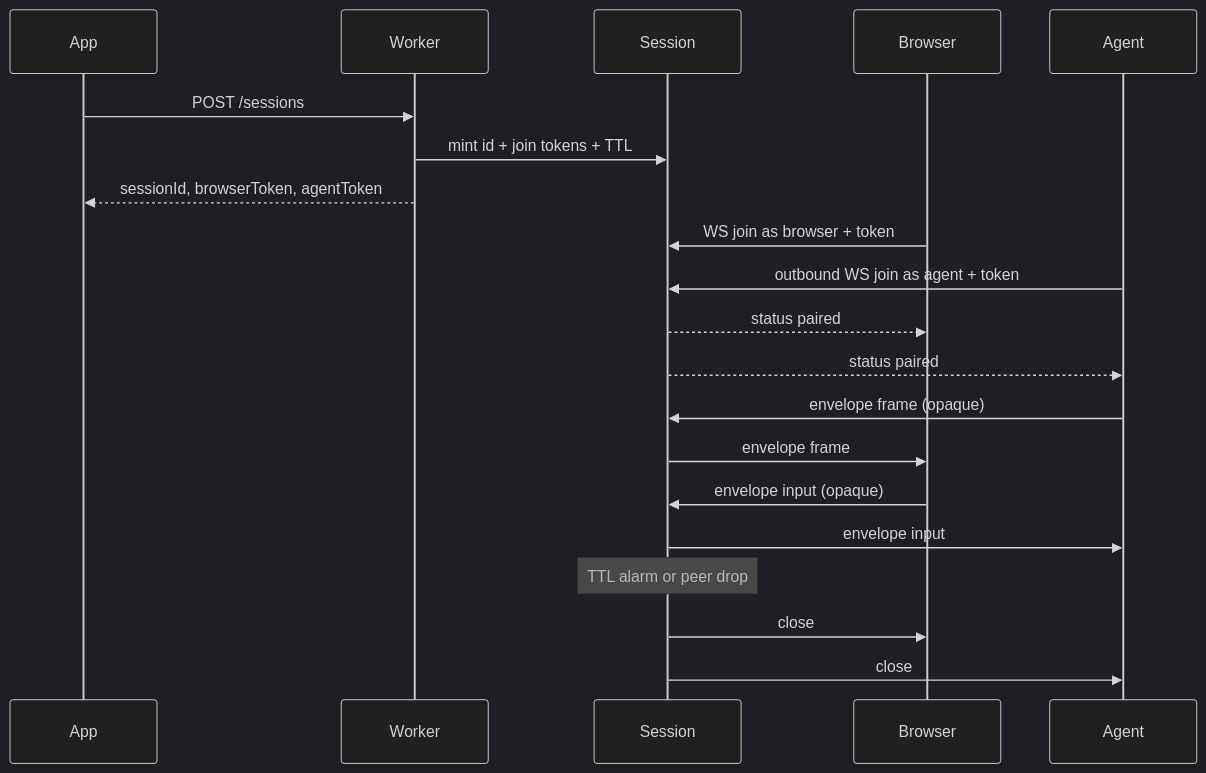
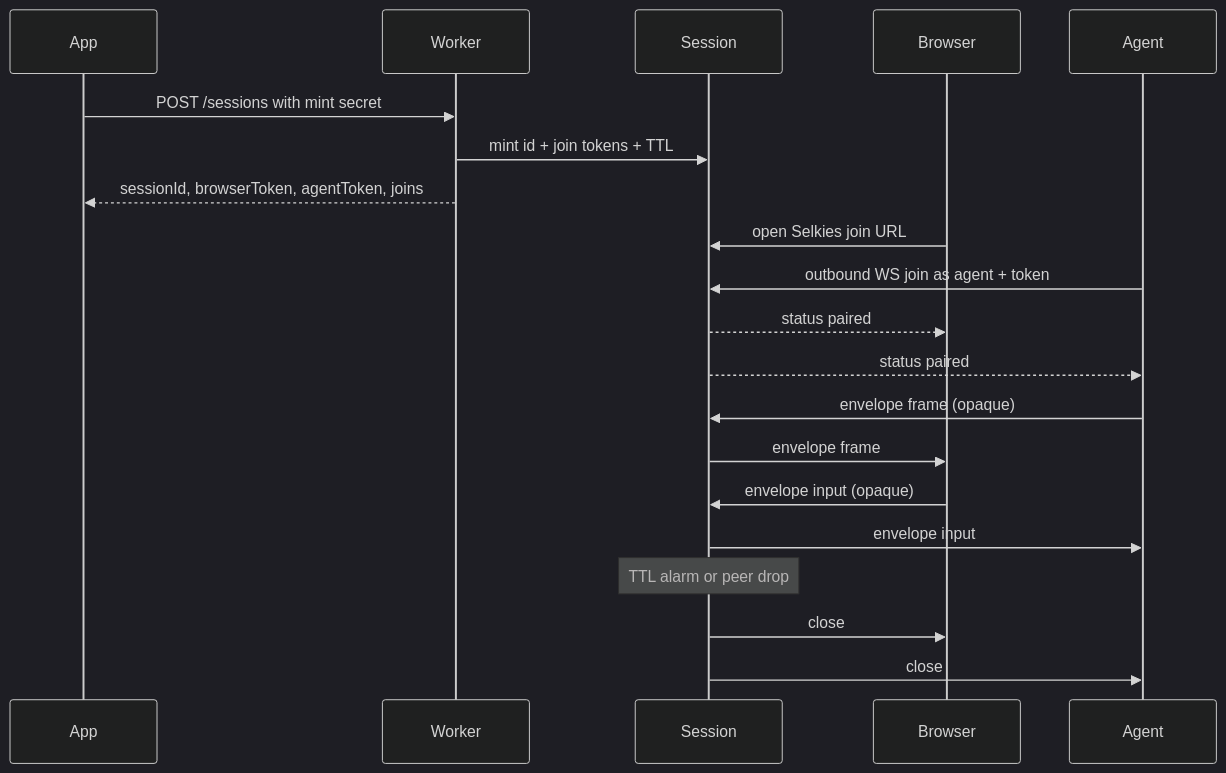
One commit to Joleeconsultants/Jolee-Remote changed the second of 2 diagrams in README.md. Above: the diagram before and after it, drawn with Mermaid (dark theme). The commit also changed other lines of this file and 13 other files, not shown here.

First line of the commit message:
Add consumer plug-in checklist and join URL helpers (#7)

````diff
--- a/README.md
+++ b/README.md
@@ -27,22 +27,22 @@
 ```mermaid
 sequenceDiagram
   participant App
   participant Worker
   participant Session
   participant Browser
   participant Agent
-  App->>Worker: POST /sessions
+  App->>Worker: POST /sessions with mint secret
   Worker->>Session: mint id + join tokens + TTL
-  Worker-->>App: sessionId, browserToken, agentToken
-  Browser->>Session: WS join as browser + token
+  Worker-->>App: sessionId, browserToken, agentToken, joins
+  Browser->>Session: open Selkies join URL
   Agent->>Session: outbound WS join as agent + token
   Session-->>Browser: status paired
   Session-->>Agent: status paired
   Agent->>Session: envelope frame (opaque)
   Session->>Browser: envelope frame
   Browser->>Session: envelope input (opaque)
   Session->>Agent: envelope input
   Note over Session: TTL alarm or peer drop
   Session->>Browser: close
   Session->>Agent: close
 ```
````
